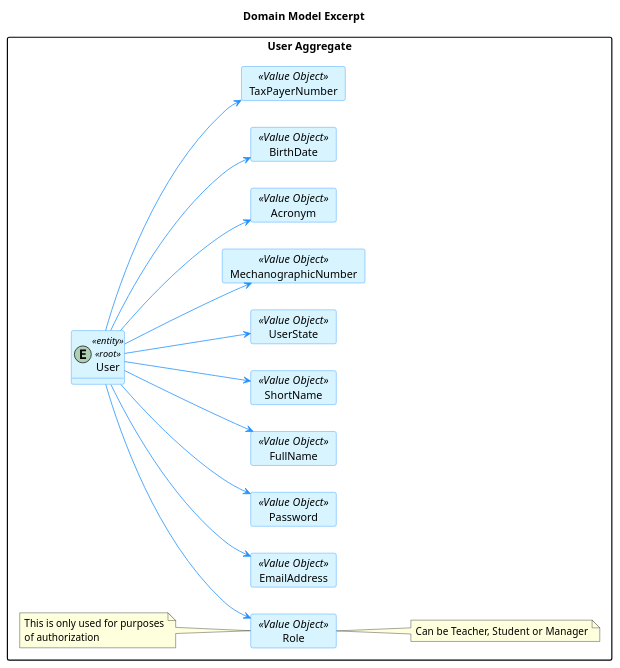
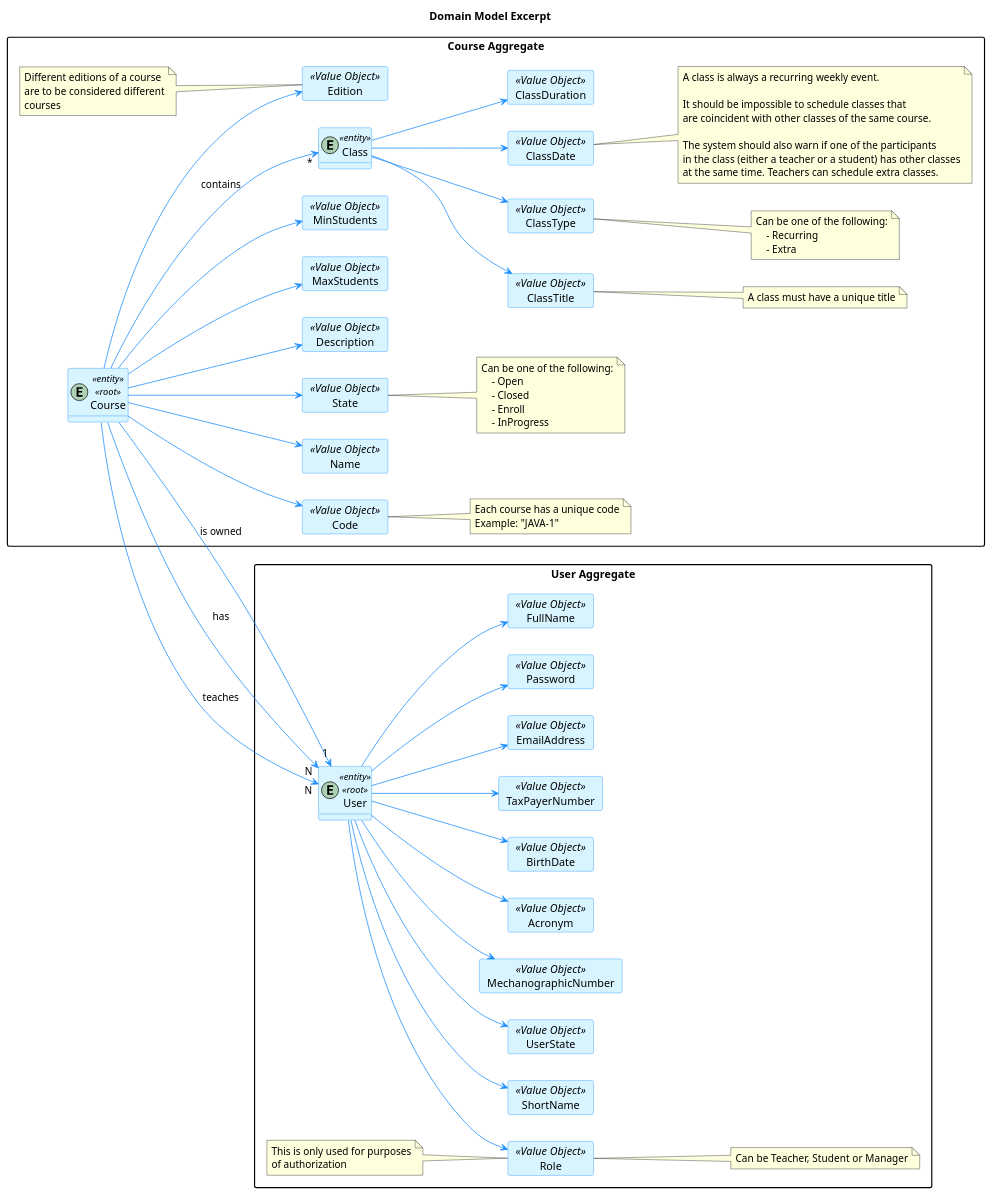
Before and after one commit to brunacosta03/sem4pi_22_23: the diagram in docs/SPRINT B/US_1010/Analysis/DomainModelExcerpt.puml, drawn with PlantUML. The commit also changed 5 other files, not shown here.

```diff
--- a/docs/SPRINT B/US_1010/Analysis/DomainModelExcerpt.puml
+++ b/docs/SPRINT B/US_1010/Analysis/DomainModelExcerpt.puml
@@ -1,71 +1,163 @@
 @startuml
 
 title Domain Model Excerpt
 
 hide methods
 left to right direction
 
 skinparam classAttributeIconSize 0
 
 skinparam class {
     LifeLineBorderColor DodgerBlue
     LifeLineBackgroundColor APPLICATION
     BackgroundColor #D8F5FF
     ArrowColor DodgerBlue
     BorderColor DodgerBlue
 }
 
 skinparam packageStyle rectangle
 
 skinparam card {
     LifeLineBorderColor DodgerBlue
     LifeLineBackgroundColor APPLICATION
     BackgroundColor #D8F5FF
     ArrowColor DodgerBlue
     BorderColor DodgerBlue
 }
 
 package "User Aggregate" {
     entity User <<entity>><<root>>
 
 'User value objects
     card EmailAddress <<Value Object>>{
     }
     card Password <<Value Object>>{
     }
     card FullName <<Value Object>>{
     }
     card ShortName <<Value Object>>{
     }
     card UserState <<Value Object>>{
     }
     card MechanographicNumber <<Value Object>>{
     }
     card Acronym <<Value Object>> {
     }
     card BirthDate <<Value Object>> {
     }
     card TaxPayerNumber <<Value Object>> {
     }
     card Role <<Value Object>> {
     }
     note right of Role: Can be Teacher, Student or Manager
 
     User --> EmailAddress
     User --> Password
     User --> FullName
     User --> ShortName
     User --> Role
     User --> UserState
     User --> MechanographicNumber
     User --> Acronym
     User --> BirthDate
     User --> TaxPayerNumber
 
     note left of Role
         This is only used for purposes
         of authorization
     end note
 }
 
+package "Course Aggregate" {
+    entity Course <<entity>><<root>>
+
+    'Course value objects
+    card Code <<Value Object>> {
+    }
+    card Name <<Value Object>>{
+    }
+    card State <<Value Object>>{
+    }
+    card Description <<Value Object>>{
+    }
+    card MaxStudents <<Value Object>>{
+    }
+    card MinStudents <<Value Object>>{
+    }
+    card Edition <<Value Object>>{
+    }
+
+    Course --> Name
+    Course --> State
+    Course --> Description
+    Course --> MaxStudents
+    Course --> MinStudents
+    Course --> Code
+    Course --> Edition
+
+    note right of State
+        Can be one of the following:
+            - Open
+            - Closed
+            - Enroll
+            - InProgress
+    end note
+
+    note right of Code
+        Each course has a unique code
+        Example: "JAVA-1"
+    end note
+
+    note left of Edition
+        Different editions of a course
+        are to be considered different
+        courses
+    end note
+
+    entity Class <<entity>>
+
+    card ClassDate <<Value Object>>{
+    }
+
+    card ClassDuration <<Value Object>>{
+    }
+
+    card ClassTitle <<Value Object>>{
+    }
+
+    card ClassType <<Value Object>>{
+    }
+
+        note right of ClassDate
+            A class is always a recurring weekly event.
+
+            It should be impossible to schedule classes that
+            are coincident with other classes of the same course.
+
+            The system should also warn if one of the participants
+            in the class (either a teacher or a student) has other classes
+            at the same time. Teachers can schedule extra classes.
+        end note
+
+        note right of ClassTitle
+            A class must have a unique title
+        end note
+
+    Class --> ClassDate
+    Class --> ClassDuration
+    Class --> ClassTitle
+    Class --> ClassType
+    Course --> "*" Class : contains
+
+    note right of ClassType
+        Can be one of the following:
+            - Recurring
+            - Extra
+    end note
+}
+
+    Course --> "1" User : is owned
+    Course --> "N" User : has
+    Course --> "N" User : teaches
+
 @enduml
```
